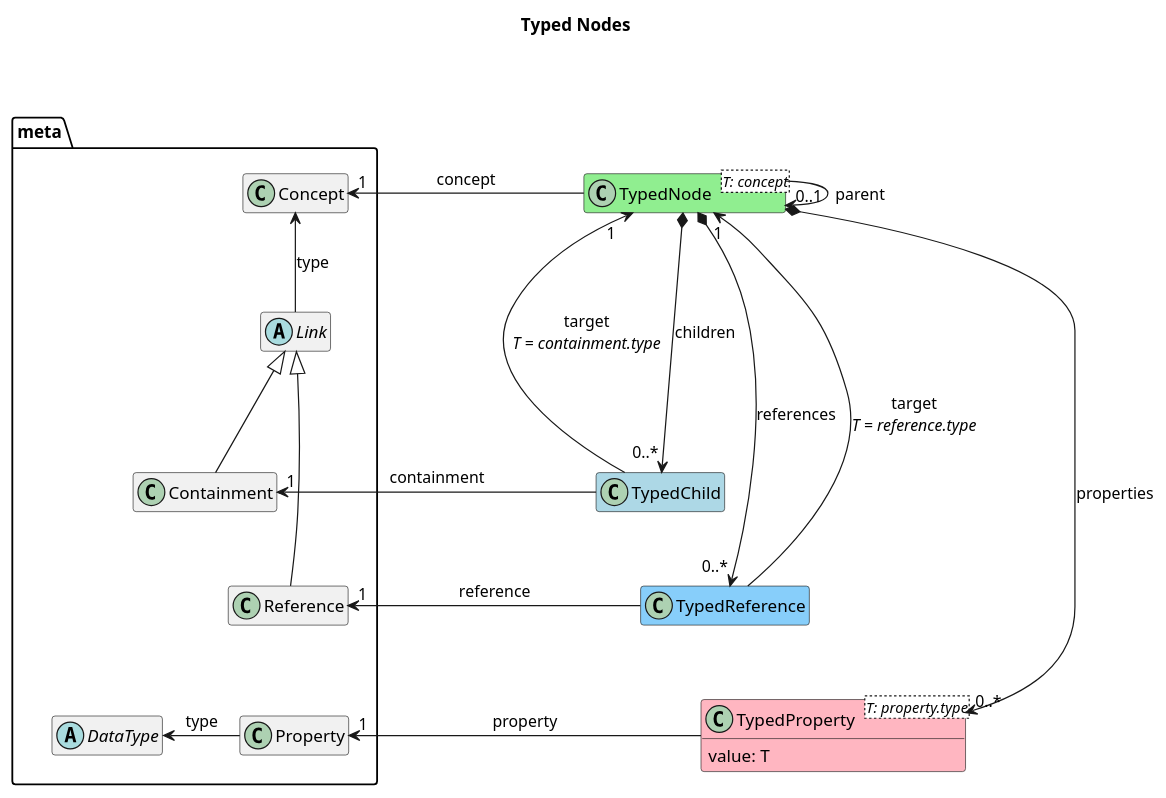
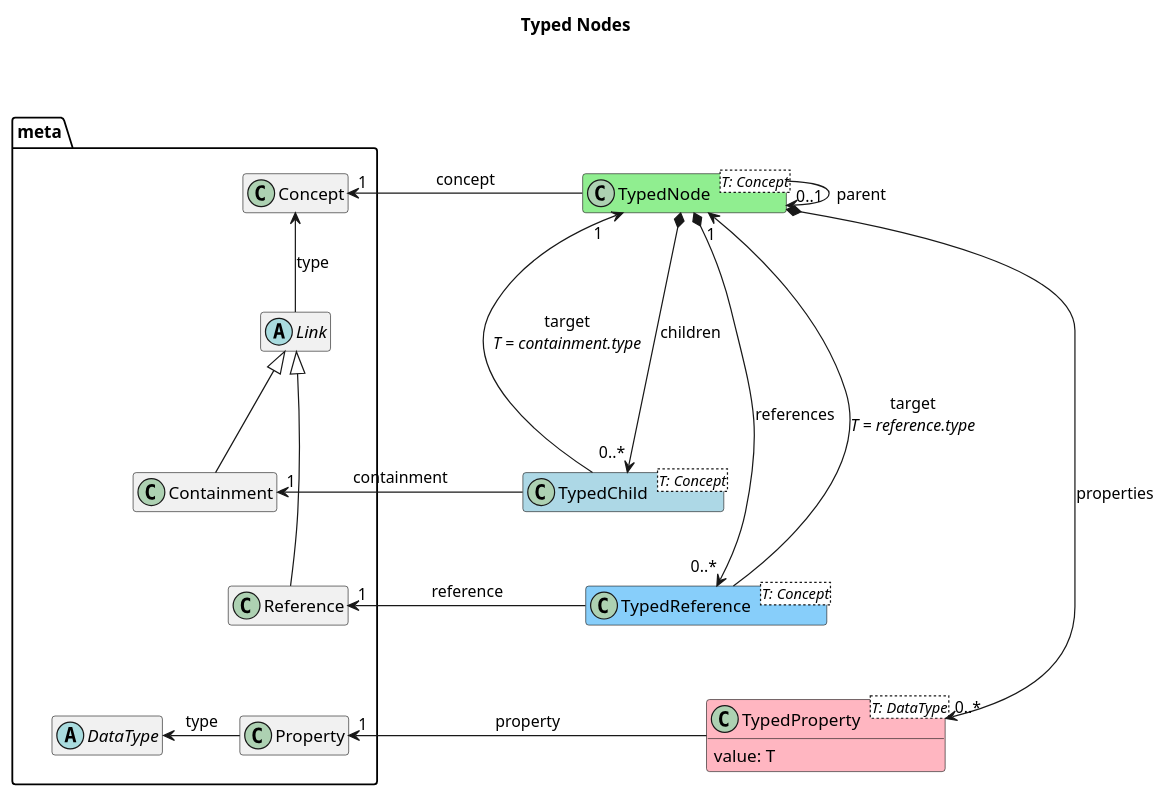
The diagram in lioncore/typed-nodes.puml (LionWeb-io/specification), drawn with PlantUML before and after one commit. The commit also changed 4 other files, not shown here.

```diff
--- a/lioncore/typed-nodes.puml
+++ b/lioncore/typed-nodes.puml
@@ -1,74 +1,74 @@
 @startuml
 title Typed Nodes
 
 hide empty members
 
 package meta {
     class Concept
 
     Concept <-- Link: type
     abstract class Link
 
     Link <|-- Containment
 
     class Containment
     Containment -[hidden]-> Reference
 
     Link <|-- Reference
 
     class Reference
 
     abstract class DataType
 
     DataType <- Property: type
 
     class Property
     Reference -[hidden]-> Property
 }
 
 meta -[hidden]> TypedNode
 
 'Node
 
-class TypedNode<T: concept> #lightGreen {
+class TypedNode<T: Concept> #lightGreen {
 '    getLowlevel(): lowlevel:Node
 }
 
 TypedNode -> "0..1" TypedNode: parent
 Concept "1" <- TypedNode: concept
 
 'Children
 
 TypedNode *--> "0..*" TypedChild: children
 
-class TypedChild #lightBlue {
+class TypedChild<T: Concept> #lightBlue {
 '    getLowlevel(): lowlevel:ChildTarget
 }
 
 TypedChild -> "1" TypedNode: target\n<i>T = containment.type</i>
 Containment "1" <- TypedChild: containment
 
 'References
 
 TypedNode *--> "0..*" TypedReference: references
 
 TypedChild -[hidden]-> TypedReference
 
-class TypedReference #lightSkyBlue {
+class TypedReference<T: Concept> #lightSkyBlue {
 '    getLowlevel(): lowlevel:ReferenceTarget
 }
 
 TypedReference -> "1" TypedNode: target\n<i>T = reference.type</i>
 Reference "1" <- TypedReference: reference
 
 'Properties
 
 TypedNode *--> "0..*" TypedProperty: properties
-class TypedProperty<T: property.type> #lightPink {
+class TypedProperty<T: DataType> #lightPink {
     value: T
 '    getLowlevel(): lowlevel:PropertyValue
 }
 
 Property "1" <- TypedProperty: property
 
 @enduml
```
